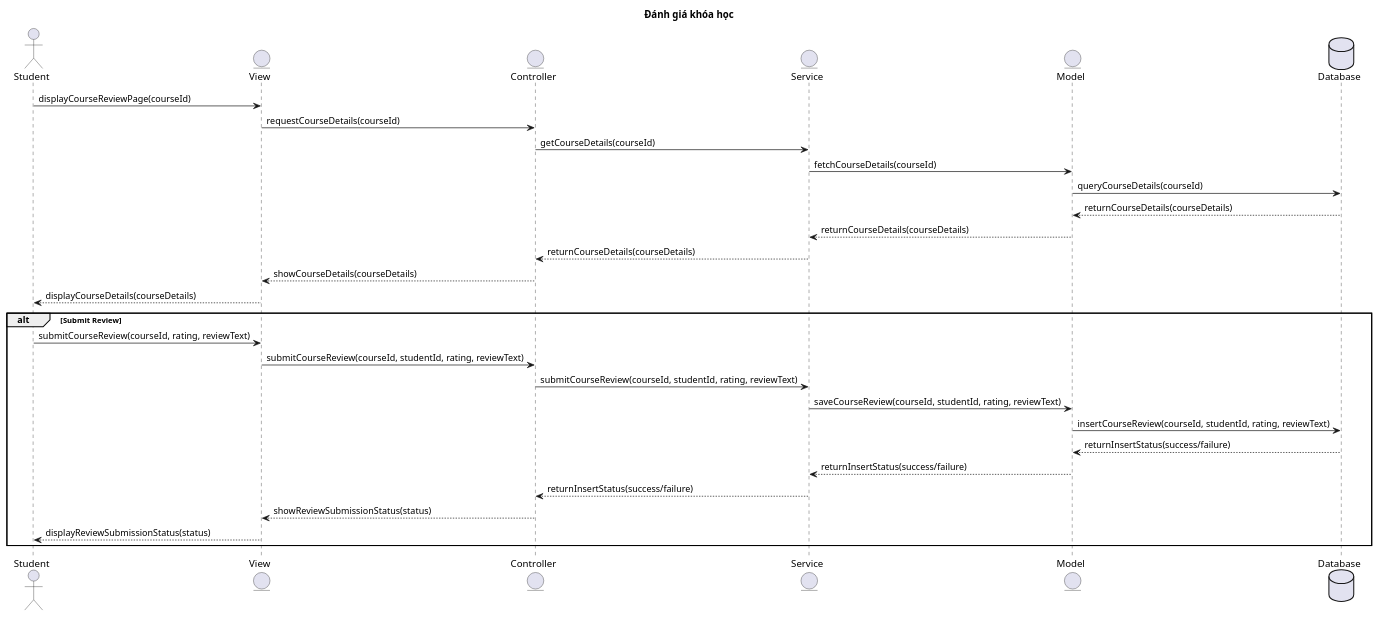
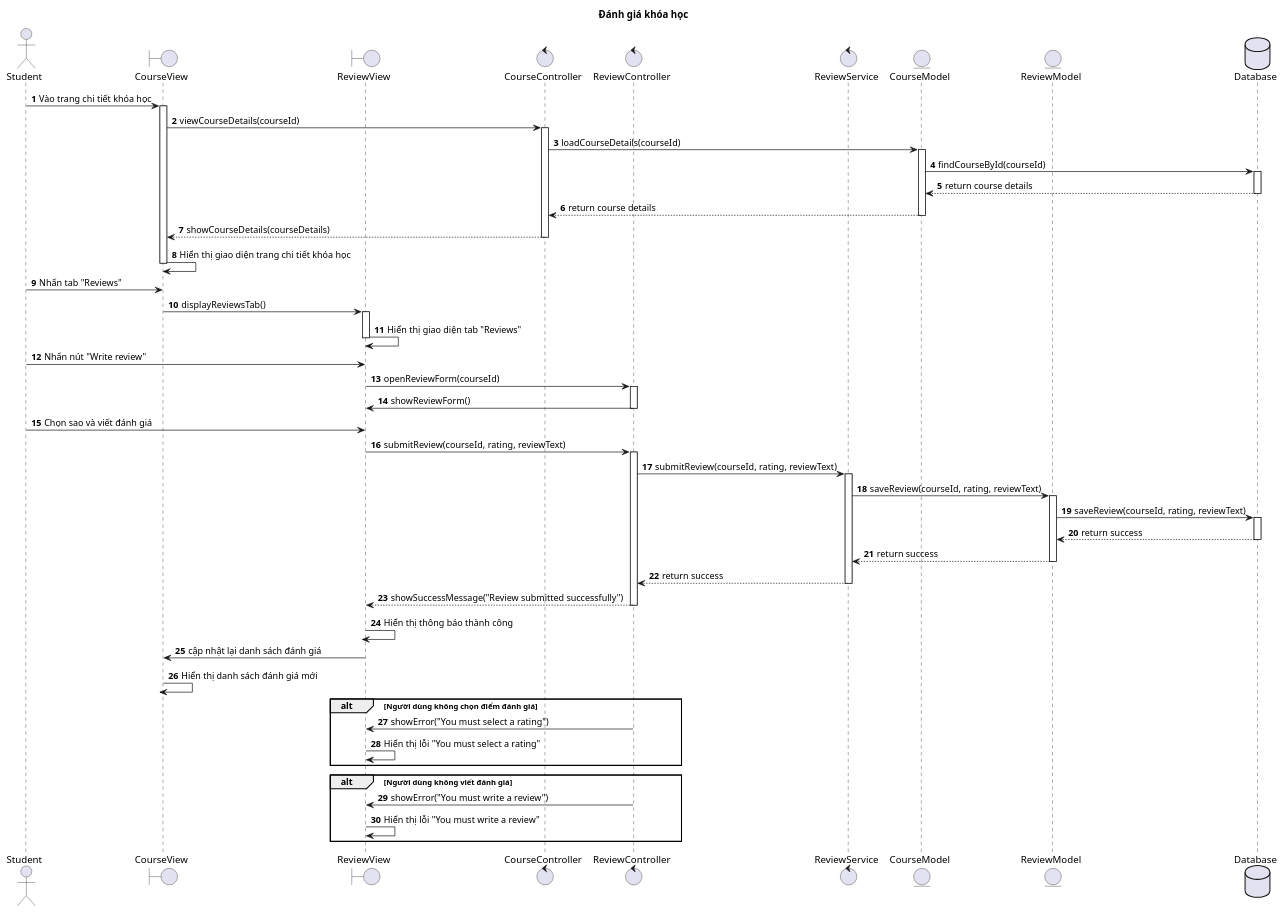
Before and after one commit to UniversityWeb/easy-english-be: the diagram in sequence-diagram/UC_013 Đánh giá khóa học.puml, drawn with PlantUML. The commit also changed 13 other files, not shown here.

```diff
--- a/sequence-diagram/UC_013 Đánh giá khóa học.puml
+++ b/sequence-diagram/UC_013 Đánh giá khóa học.puml
@@ -1,35 +1,89 @@
 @startuml
 title Đánh giá khóa học
 
+autonumber
+
 actor Student
-entity View
-entity Controller
-entity Service
-entity Model
-Database Database
+boundary CourseView
+boundary ReviewView
+control CourseController
+control ReviewController
+control ReviewService
+entity CourseModel
+entity ReviewModel
+database Database
 
-Student -> View : displayCourseReviewPage(courseId)
-View -> Controller : requestCourseDetails(courseId)
-Controller -> Service : getCourseDetails(courseId)
-Service -> Model : fetchCourseDetails(courseId)
-Model -> Database : queryCourseDetails(courseId)
-Database --> Model : returnCourseDetails(courseDetails)
-Model --> Service : returnCourseDetails(courseDetails)
-Service --> Controller : returnCourseDetails(courseDetails)
-Controller --> View : showCourseDetails(courseDetails)
-View --> Student : displayCourseDetails(courseDetails)
+Student -> CourseView : Vào trang chi tiết khóa học
+activate CourseView
+CourseView -> CourseController : viewCourseDetails(courseId)
+activate CourseController
 
-alt Submit Review
-    Student -> View : submitCourseReview(courseId, rating, reviewText)
-    View -> Controller : submitCourseReview(courseId, studentId, rating, reviewText)
-    Controller -> Service : submitCourseReview(courseId, studentId, rating, reviewText)
-    Service -> Model : saveCourseReview(courseId, studentId, rating, reviewText)
-    Model -> Database : insertCourseReview(courseId, studentId, rating, reviewText)
-    Database --> Model : returnInsertStatus(success/failure)
-    Model --> Service : returnInsertStatus(success/failure)
-    Service --> Controller : returnInsertStatus(success/failure)
-    Controller --> View : showReviewSubmissionStatus(status)
-    View --> Student : displayReviewSubmissionStatus(status)
+CourseController -> CourseModel : loadCourseDetails(courseId)
+activate CourseModel
+CourseModel -> Database : findCourseById(courseId)
+activate Database
+Database --> CourseModel : return course details
+deactivate Database
+CourseModel --> CourseController : return course details
+deactivate CourseModel
+
+CourseController --> CourseView : showCourseDetails(courseDetails)
+deactivate CourseController
+
+CourseView -> CourseView : Hiển thị giao diện trang chi tiết khóa học
+deactivate CourseView
+
+Student -> CourseView : Nhấn tab "Reviews"
+CourseView -> ReviewView : displayReviewsTab()
+activate ReviewView
+
+ReviewView -> ReviewView : Hiển thị giao diện tab "Reviews"
+deactivate ReviewView
+
+Student -> ReviewView : Nhấn nút "Write review"
+ReviewView -> ReviewController : openReviewForm(courseId)
+activate ReviewController
+
+ReviewController -> ReviewView : showReviewForm()
+deactivate ReviewController
+
+Student -> ReviewView : Chọn sao và viết đánh giá
+ReviewView -> ReviewController : submitReview(courseId, rating, reviewText)
+activate ReviewController
+
+ReviewController -> ReviewService : submitReview(courseId, rating, reviewText)
+activate ReviewService
+
+ReviewService -> ReviewModel : saveReview(courseId, rating, reviewText)
+activate ReviewModel
+ReviewModel -> Database : saveReview(courseId, rating, reviewText)
+activate Database
+Database --> ReviewModel : return success
+deactivate Database
+ReviewModel --> ReviewService : return success
+deactivate ReviewModel
+
+ReviewService --> ReviewController : return success
+deactivate ReviewService
+
+ReviewController --> ReviewView : showSuccessMessage("Review submitted successfully")
+deactivate ReviewController
+
+ReviewView -> ReviewView : Hiển thị thông báo thành công
+deactivate ReviewView
+
+ReviewView -> CourseView : cập nhật lại danh sách đánh giá
+CourseView -> CourseView : Hiển thị danh sách đánh giá mới
+deactivate CourseView
+
+alt Người dùng không chọn điểm đánh giá
+    ReviewController -> ReviewView : showError("You must select a rating")
+    ReviewView -> ReviewView : Hiển thị lỗi "You must select a rating"
+end
+
+alt Người dùng không viết đánh giá
+    ReviewController -> ReviewView : showError("You must write a review")
+    ReviewView -> ReviewView : Hiển thị lỗi "You must write a review"
 end
 
 @enduml
```
